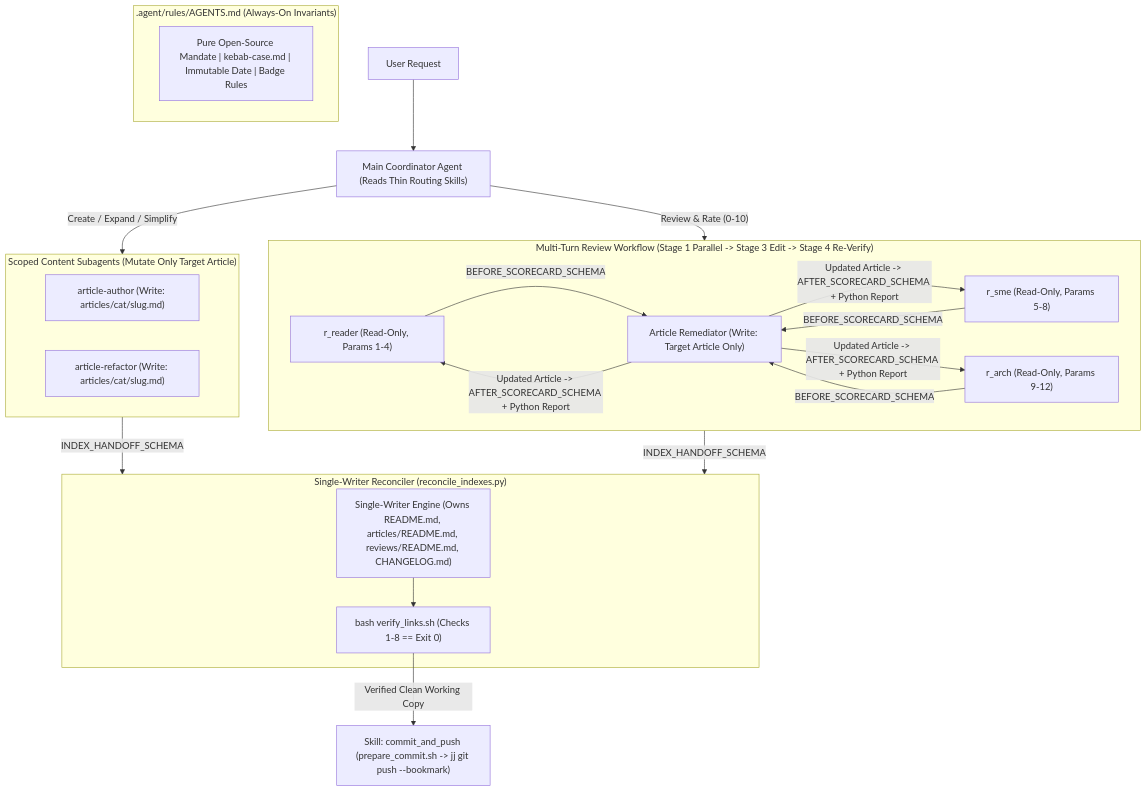
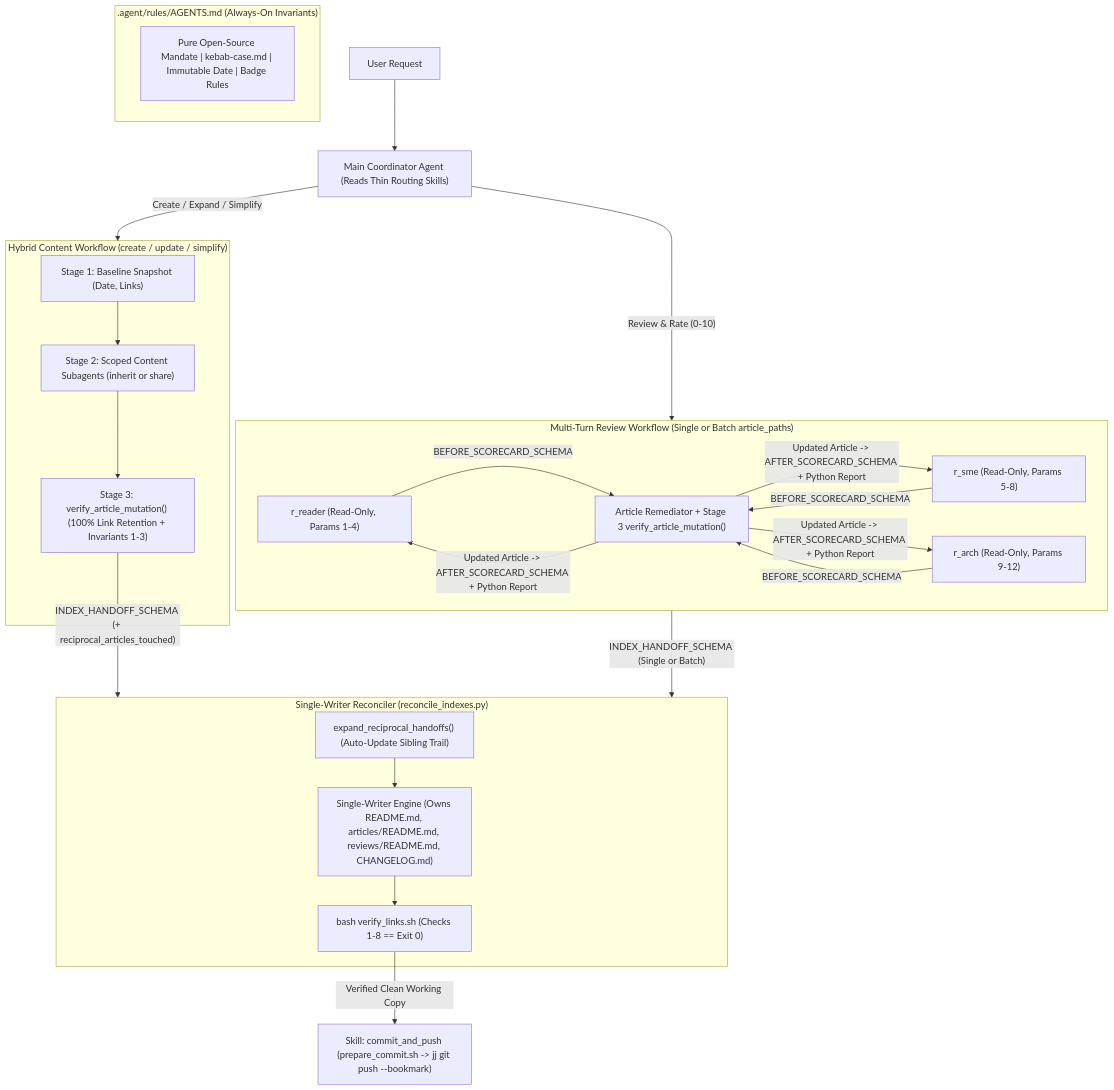
The diagram in plan/02-skills-to-agents-evaluation-and-architecture.md (rohithtp/ThoughtsInWords), drawn with Mermaid before and after one commit. The commit also changed other lines of this file and 16 other files, not shown here.

````diff
--- a/plan/02-skills-to-agents-evaluation-and-architecture.md
+++ b/plan/02-skills-to-agents-evaluation-and-architecture.md
@@ -127,36 +146,39 @@
 ```mermaid
 flowchart TD
     User["User Request"] --> Coord["Main Coordinator Agent (Reads Thin Routing Skills)"]
 
     subgraph Rules[".agent/rules/AGENTS.md (Always-On Invariants)"]
         Inv["Pure Open-Source Mandate | kebab-case.md | Immutable Date | Badge Rules"]
     end
 
-    Coord -->|"Create / Expand / Simplify"| ContentAgents
+    Coord -->|"Create / Expand / Simplify"| ContentWorkflow["run_workflow: run_content_workflow.py"]
     Coord -->|"Review & Rate (0-10)"| ReviewWorkflow["run_workflow: run_review_workflow.py"]
 
-    subgraph ContentAgents["Scoped Content Subagents (Mutate Only Target Article)"]
-        Author["article-author (Write: articles/cat/slug.md)"]
-        Refactor["article-refactor (Write: articles/cat/slug.md)"]
+    subgraph ContentWorkflow["Hybrid Content Workflow (create / update / simplify)"]
+        Snap["Stage 1: Baseline Snapshot (Date, Links)"]
+        ContentAgents["Stage 2: Scoped Content Subagents (inherit or share)"]
+        ArtGate["Stage 3: verify_article_mutation() (100% Link Retention + Invariants 1-3)"]
+        Snap --> ContentAgents --> ArtGate
     end
 
-    subgraph ReviewWorkflow["Multi-Turn Review Workflow (Stage 1 Parallel -> Stage 3 Edit -> Stage 4 Re-Verify)"]
+    subgraph ReviewWorkflow["Multi-Turn Review Workflow (Single or Batch article_paths)"]
         R1["r_reader (Read-Only, Params 1-4)"]
         R2["r_sme (Read-Only, Params 5-8)"]
         R3["r_arch (Read-Only, Params 9-12)"]
-        Remediator["Article Remediator (Write: Target Article Only)"]
+        Remediator["Article Remediator + Stage 3 verify_article_mutation()"]
         R1 & R2 & R3 -->|"BEFORE_SCORECARD_SCHEMA"| Remediator
         Remediator -->|"Updated Article -> AFTER_SCORECARD_SCHEMA + Python Report"| R1 & R2 & R3
     end
 
-    ContentAgents -->|"INDEX_HANDOFF_SCHEMA"| Reconciler
-    ReviewWorkflow -->|"INDEX_HANDOFF_SCHEMA"| Reconciler
+    ArtGate -->|"INDEX_HANDOFF_SCHEMA (+ reciprocal_articles_touched)"| Reconciler
+    ReviewWorkflow -->|"INDEX_HANDOFF_SCHEMA (Single or Batch)"| Reconciler
 
     subgraph Reconciler["Single-Writer Reconciler (reconcile_indexes.py)"]
+        Recip["expand_reciprocal_handoffs() (Auto-Update Sibling Trail)"]
         Org["Single-Writer Engine (Owns README.md, articles/README.md, reviews/README.md, CHANGELOG.md)"]
         Gate["bash verify_links.sh (Checks 1-8 == Exit 0)"]
-        Org --> Gate
+        Recip --> Org --> Gate
     end
 
     Gate -->|"Verified Clean Working Copy"| JJSkill["Skill: commit_and_push (prepare_commit.sh -> jj git push --bookmark)"]
 ```
````
